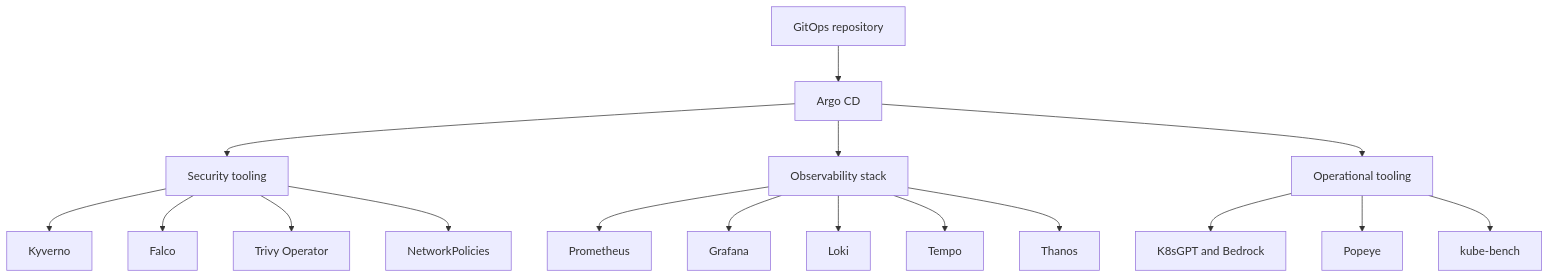
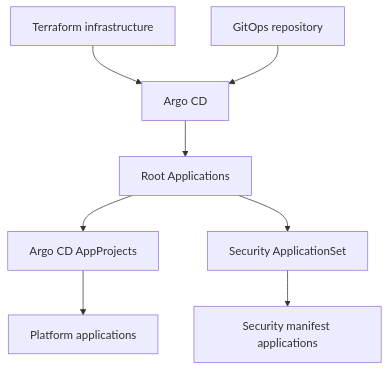
Before and after one commit to earpjennings37/say_when_git_ops: the first of 2 diagrams in README.md, drawn with Mermaid. The commit also changed other lines of this file, not shown here.

Commit message:
update readme after changing app to appsets

````diff
--- a/README.md
+++ b/README.md
@@ -21,22 +21,10 @@
 ```mermaid
 flowchart TD
-    Git["GitOps repository"] --> Argo["Argo CD"]
-    Argo --> Security["Security tooling"]
-    Argo --> Observability["Observability stack"]
-    Argo --> Operations["Operational tooling"]
-
-    Security --> Kyverno["Kyverno"]
-    Security --> Falco["Falco"]
-    Security --> Trivy["Trivy Operator"]
-    Security --> NetPol["NetworkPolicies"]
-
-    Observability --> Prometheus["Prometheus"]
-    Observability --> Grafana["Grafana"]
-    Observability --> Loki["Loki"]
-    Observability --> Tempo["Tempo"]
-    Observability --> Thanos["Thanos"]
-
-    Operations --> K8sGPT["K8sGPT and Bedrock"]
-    Operations --> Popeye["Popeye"]
-    Operations --> KubeBench["kube-bench"]
+    Terraform["Terraform infrastructure"] --> Argo["Argo CD"]
+    Git["GitOps repository"] --> Argo
+    Argo --> Root["Root Applications"]
+    Root --> Projects["Argo CD AppProjects"]
+    Root --> AppSet["Security ApplicationSet"]
+    Projects --> Apps["Platform applications"]
+    AppSet --> Security["Security manifest applications"]
 ```
````
